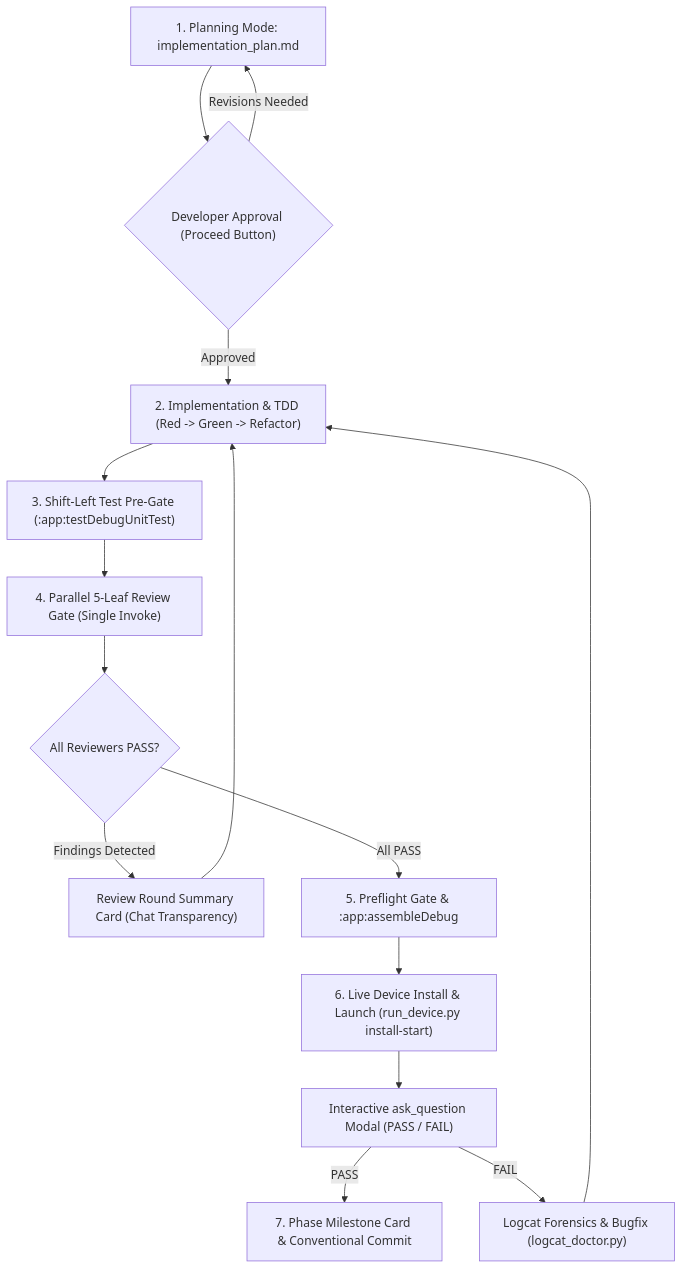
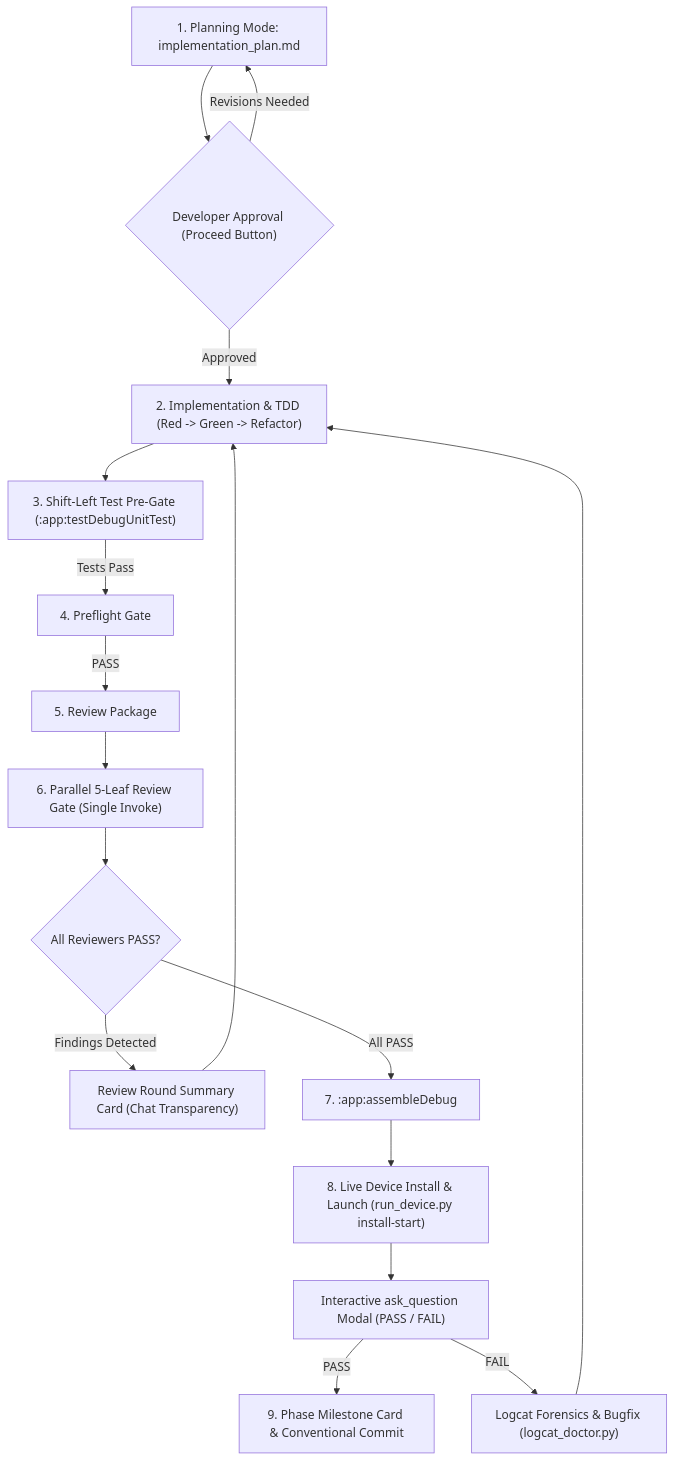
One commit to rabee-elkholy/android-agent-harness changed the diagram in docs/workflows.md. Above: the diagram before and after it, drawn with Mermaid. The commit also changed other lines of this file and 11 other files, not shown here.

````diff
--- a/docs/workflows.md
+++ b/docs/workflows.md
@@ -35,17 +35,19 @@
 ```mermaid
 flowchart TD
     A["1. Planning Mode: implementation_plan.md"] --> B{"Developer Approval (Proceed Button)"}
     B -- Revisions Needed --> A
     B -- Approved --> C["2. Implementation & TDD (Red -> Green -> Refactor)"]
     C --> D["3. Shift-Left Test Pre-Gate (:app:testDebugUnitTest)"]
-    D --> E["4. Parallel 5-Leaf Review Gate (Single Invoke)"]
-    E --> F{"All Reviewers PASS?"}
-    F -- Findings Detected --> G["Review Round Summary Card (Chat Transparency)"]
-    G --> C
-    F -- All PASS --> H["5. Preflight Gate & :app:assembleDebug"]
-    H --> I["6. Live Device Install & Launch (run_device.py install-start)"]
-    I --> J["Interactive ask_question Modal (PASS / FAIL)"]
-    J -- PASS --> K["7. Phase Milestone Card & Conventional Commit"]
-    J -- FAIL --> L["Logcat Forensics & Bugfix (logcat_doctor.py)"]
-    L --> C
+    D -- Tests Pass --> E["4. Preflight Gate"]
+    E -- PASS --> F["5. Review Package"]
+    F --> G["6. Parallel 5-Leaf Review Gate (Single Invoke)"]
+    G --> H{"All Reviewers PASS?"}
+    H -- Findings Detected --> I["Review Round Summary Card (Chat Transparency)"]
+    I --> C
+    H -- All PASS --> J["7. :app:assembleDebug"]
+    J --> K["8. Live Device Install & Launch (run_device.py install-start)"]
+    K --> L["Interactive ask_question Modal (PASS / FAIL)"]
+    L -- PASS --> M["9. Phase Milestone Card & Conventional Commit"]
+    L -- FAIL --> N["Logcat Forensics & Bugfix (logcat_doctor.py)"]
+    N --> C
 ```
````
